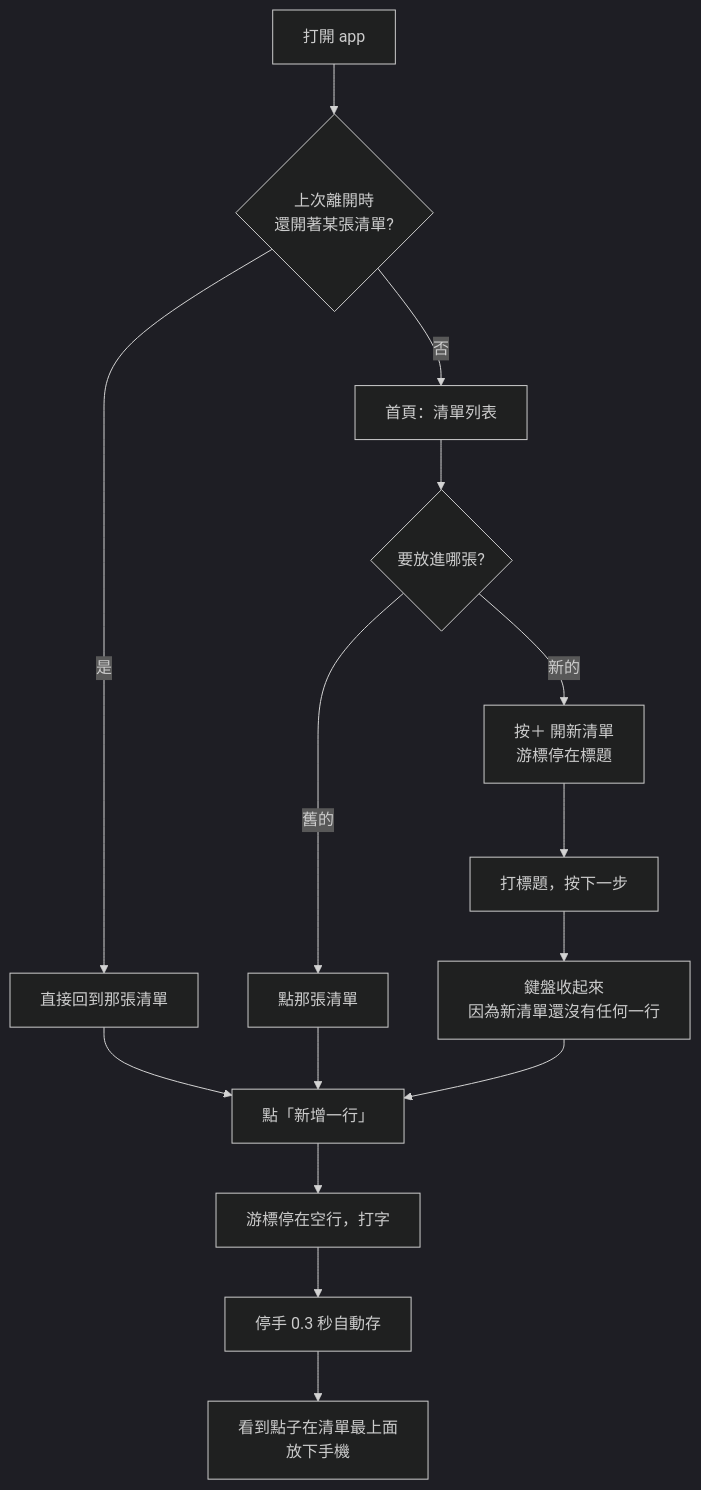
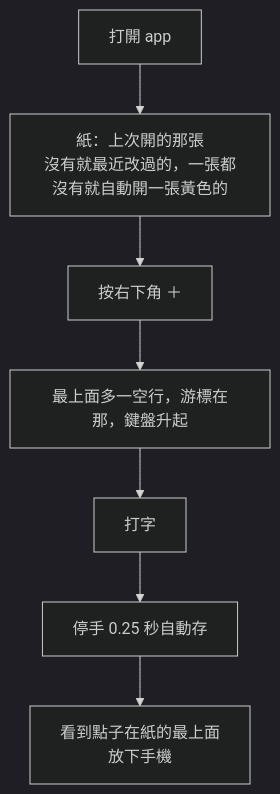
The first of 7 diagrams in .uiux/02-流程-暫定.md (domyweb666/qieji-app), drawn with Mermaid (dark theme) before and after one commit. The commit also changed other lines of this file and 9 other files, not shown here.

````diff
--- a/.uiux/02-流程-暫定.md
+++ b/.uiux/02-流程-暫定.md
@@ -40,17 +43,9 @@
 ```mermaid
 flowchart TD
-  A[打開 app] --> B{上次離開時<br>還開著某張清單?}
-  B -- 是 --> C[直接回到那張清單]
-  B -- 否 --> D[首頁：清單列表]
-  D --> E{要放進哪張?}
-  E -- 舊的 --> F[點那張清單]
-  E -- 新的 --> G[按＋ 開新清單<br>游標停在標題]
-  G --> H[打標題，按下一步]
-  H --> I[鍵盤收起來<br>因為新清單還沒有任何一行]
-  F --> J[點「新增一行」]
-  C --> J
-  I --> J
-  J --> K[游標停在空行，打字]
-  K --> L[停手 0.3 秒自動存]
-  L --> M[看到點子在清單最上面<br>放下手機]
+  A[打開 app] --> B[紙：上次開的那張<br>沒有就最近改過的，一張都沒有就自動開一張黃色的]
+  B --> C[按右下角 ＋]
+  C --> D[最上面多一空行，游標在那，鍵盤升起]
+  D --> E[打字]
+  E --> F[停手 0.25 秒自動存]
+  F --> G[看到點子在紙的最上面<br>放下手機]
 ```
````
